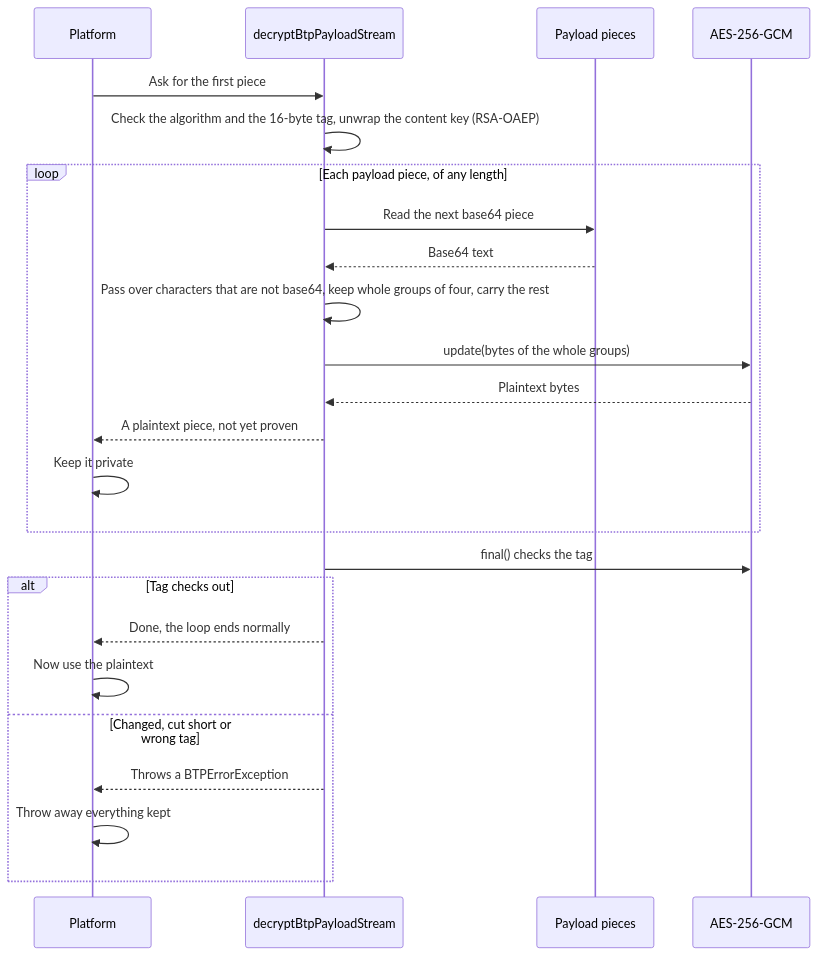
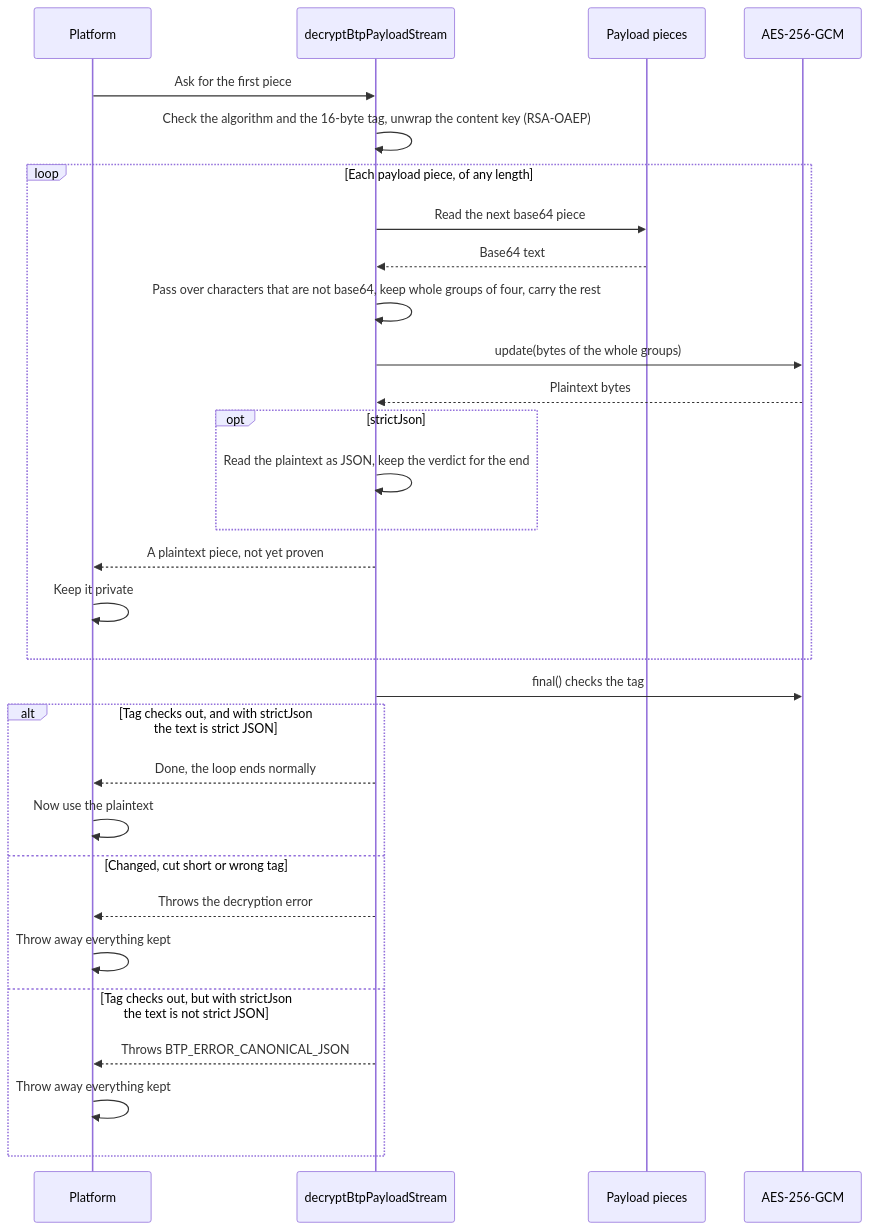
The second of 3 diagrams in docs/docusaurus/docs/protocol/security/decryption.md (openbtps/btps-node), drawn with Mermaid before and after one commit. The commit also changed other lines of this file and 11 other files, not shown here.

````diff
--- a/docs/docusaurus/docs/protocol/security/decryption.md
+++ b/docs/docusaurus/docs/protocol/security/decryption.md
@@ -202,27 +231,33 @@
 ```mermaid
 sequenceDiagram
     participant Platform
     participant Stream as decryptBtpPayloadStream
     participant Source as Payload pieces
     participant AES as AES-256-GCM
 
     Platform->>Stream: Ask for the first piece
     Stream->>Stream: Check the algorithm and the 16-byte tag, unwrap the content key (RSA-OAEP)
     loop Each payload piece, of any length
         Stream->>Source: Read the next base64 piece
         Source-->>Stream: Base64 text
         Stream->>Stream: Pass over characters that are not base64, keep whole groups of four, carry the rest
         Stream->>AES: update(bytes of the whole groups)
         AES-->>Stream: Plaintext bytes
+        opt strictJson
+            Stream->>Stream: Read the plaintext as JSON, keep the verdict for the end
+        end
         Stream-->>Platform: A plaintext piece, not yet proven
         Platform->>Platform: Keep it private
     end
     Stream->>AES: final() checks the tag
-    alt Tag checks out
+    alt Tag checks out, and with strictJson the text is strict JSON
         Stream-->>Platform: Done, the loop ends normally
         Platform->>Platform: Now use the plaintext
     else Changed, cut short or wrong tag
-        Stream-->>Platform: Throws a BTPErrorException
+        Stream-->>Platform: Throws the decryption error
+        Platform->>Platform: Throw away everything kept
+    else Tag checks out, but with strictJson the text is not strict JSON
+        Stream-->>Platform: Throws BTP_ERROR_CANONICAL_JSON
         Platform->>Platform: Throw away everything kept
     end
 ```
````
